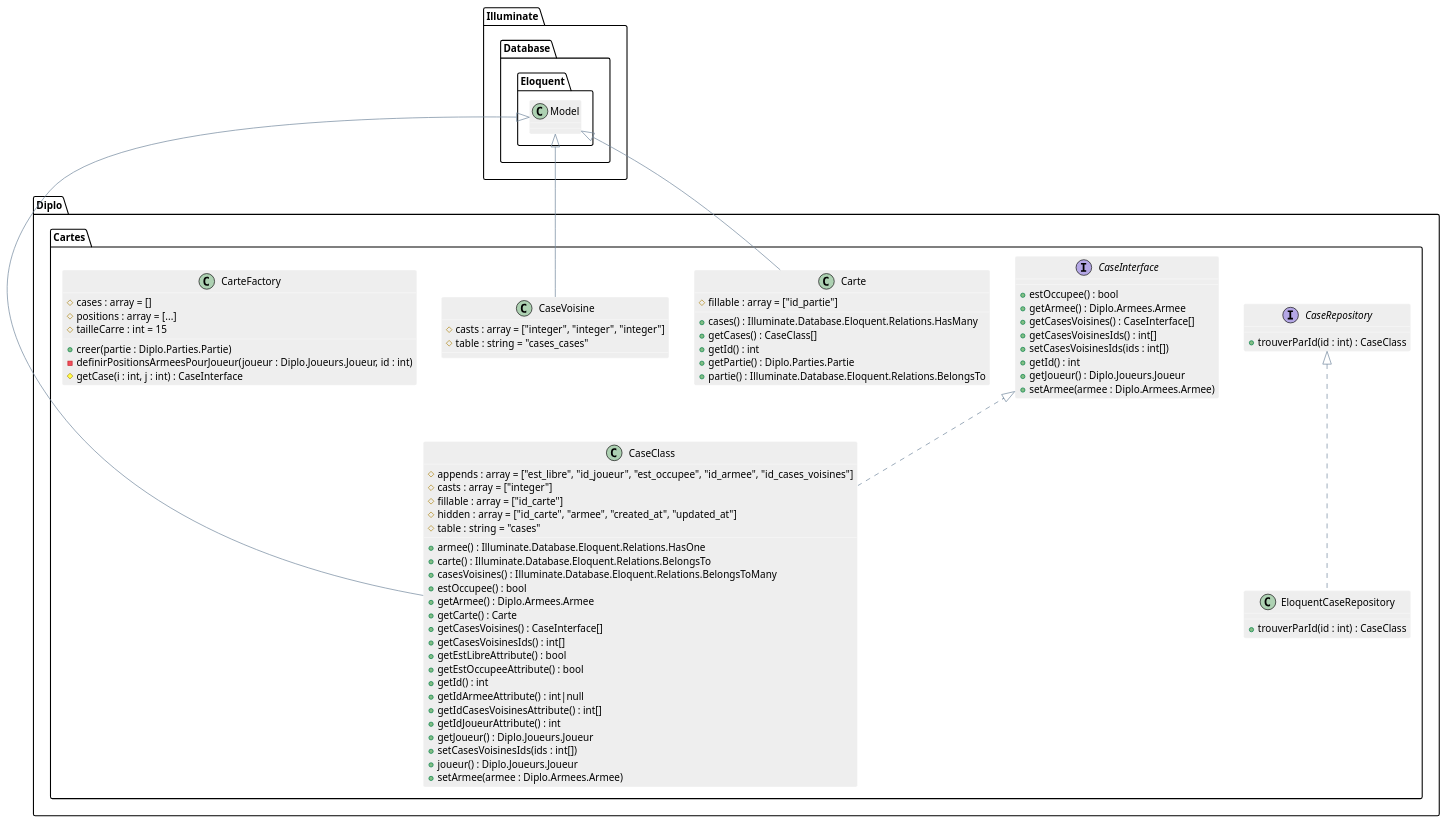
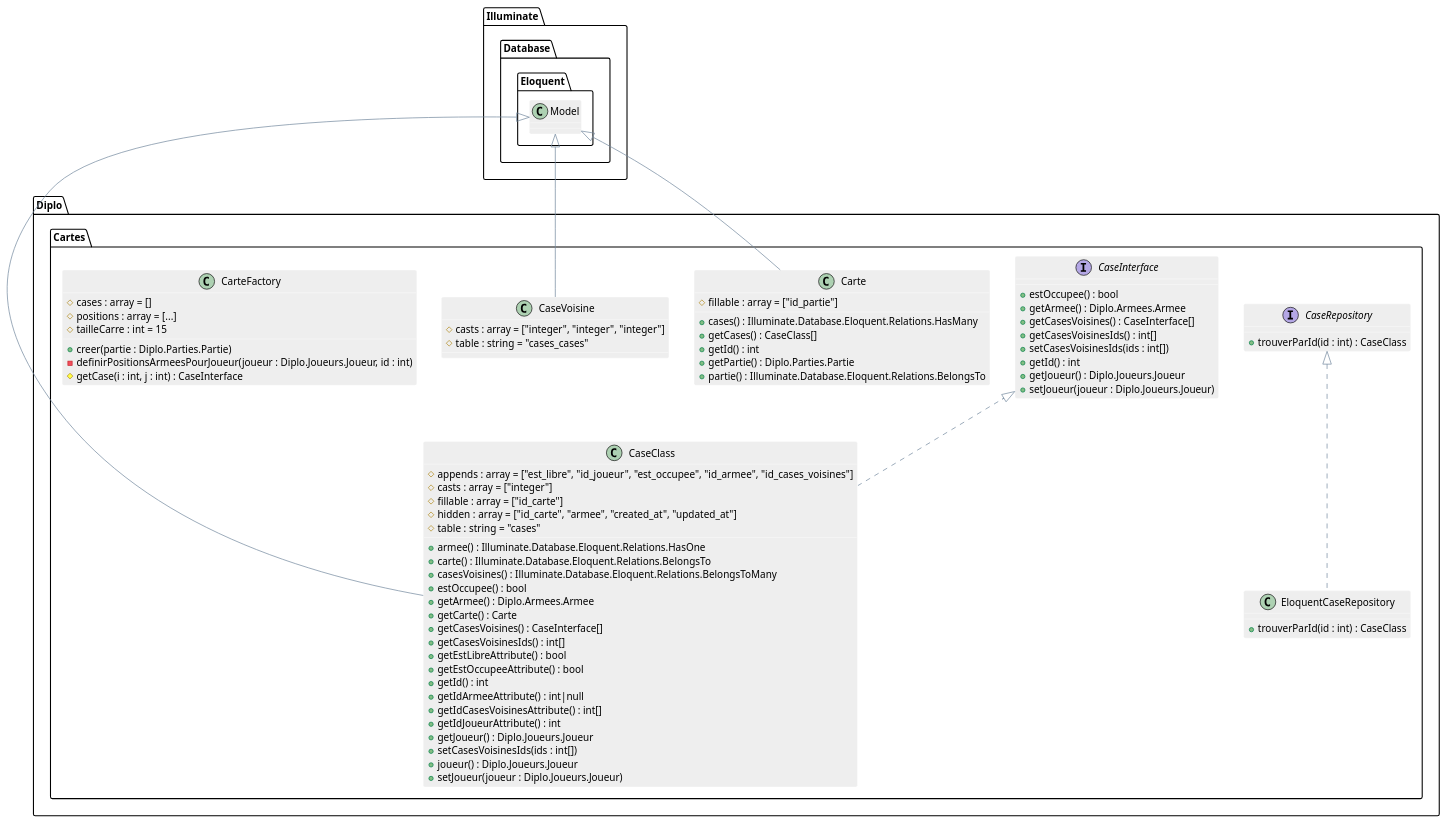
Before and after one commit to AntoineAugusti/diplo: the diagram in rapports/final/diagrammes/php-export-cut/Cartes.plantuml, drawn with PlantUML.

Commit message:
fix(uml): renommage d'une méthode

```diff
--- a/rapports/final/diagrammes/php-export-cut/Cartes.plantuml
+++ b/rapports/final/diagrammes/php-export-cut/Cartes.plantuml
@@ -1,131 +1,131 @@
 @startuml
 
 skinparam shadowing false
 skinparam stereotypeCBackgroundColor #5B9BD5
 ' skinparam backgroundColor transparent
 
 skinparam note {
   BackgroundColor #73AE42
   BorderColor #6CA43E
   FontColor white
 }
 
 skinparam class {
   BackgroundColor #EEEEEE
   ArrowColor #758A9F
   BorderColor #FFFFFF
 }
 
 skinparam sequence {
   ArrowColor #6CA43E
 
   LifeLineBorderColor #6CA43E
   LifeLineBackgroundColor #73AE42
 
   ParticipantBorderColor #2E75B5
   ParticipantBackgroundColor #5B9BD5
 
   ActorBorderColor #2E75B5
   ActorBackgroundColor #5B9BD5
 
   BoxLineColor #A5A5A5
 }
 
 skinparam state {
   BackgroundColor #EEEEEE
   ArrowColor #758A9F
   BorderColor #9E9E9E
 }
 
 skinparam usecase {
   BackgroundColor #EEEEEE
   BorderColor #9E9E9E
 
   ArrowColor #6CA43E
   ActorBorderColor #6CA43E
 }
 
 skinparam component {
   BackgroundColor #EEEEEE
   ArrowColor #758A9F
   BorderColor #9E9E9E
 }
 
 skinparam node {
   BackgroundColor #FFFFFF
   ArrowColor #758A9F
   BorderColor #9E9E9E
 }
 
 skinparam database {
   BackgroundColor #EEEEEE
   ArrowColor #758A9F
   BorderColor #9E9E9E
 }
 interface Diplo.Cartes.CaseRepository {
     +trouverParId(id : int) : CaseClass
 }
 class Diplo.Cartes.CaseClass {
     #appends : array = ["est_libre", "id_joueur", "est_occupee", "id_armee", "id_cases_voisines"]
     #casts : array = ["integer"]
     #fillable : array = ["id_carte"]
     #hidden : array = ["id_carte", "armee", "created_at", "updated_at"]
     #table : string = "cases"
     +armee() : Illuminate.Database.Eloquent.Relations.HasOne
     +carte() : Illuminate.Database.Eloquent.Relations.BelongsTo
     +casesVoisines() : Illuminate.Database.Eloquent.Relations.BelongsToMany
     +estOccupee() : bool
     +getArmee() : Diplo.Armees.Armee
     +getCarte() : Carte
     +getCasesVoisines() : CaseInterface[]
     +getCasesVoisinesIds() : int[]
     +getEstLibreAttribute() : bool
     +getEstOccupeeAttribute() : bool
     +getId() : int
     +getIdArmeeAttribute() : int|null
     +getIdCasesVoisinesAttribute() : int[]
     +getIdJoueurAttribute() : int
     +getJoueur() : Diplo.Joueurs.Joueur
     +setCasesVoisinesIds(ids : int[])
     +joueur() : Diplo.Joueurs.Joueur
-    +setArmee(armee : Diplo.Armees.Armee)
+    +setJoueur(joueur : Diplo.Joueurs.Joueur)
 }
 class Diplo.Cartes.CaseClass extends Illuminate.Database.Eloquent.Model
 class Diplo.Cartes.CaseClass implements Diplo.Cartes.CaseInterface
 class Diplo.Cartes.Carte {
     #fillable : array = ["id_partie"]
     +cases() : Illuminate.Database.Eloquent.Relations.HasMany
     +getCases() : CaseClass[]
     +getId() : int
     +getPartie() : Diplo.Parties.Partie
     +partie() : Illuminate.Database.Eloquent.Relations.BelongsTo
 }
 class Diplo.Cartes.Carte extends Illuminate.Database.Eloquent.Model
 class Diplo.Cartes.CaseVoisine {
     #casts : array = ["integer", "integer", "integer"]
     #table : string = "cases_cases"
 }
 class Diplo.Cartes.CaseVoisine extends Illuminate.Database.Eloquent.Model
 class Diplo.Cartes.EloquentCaseRepository {
     +trouverParId(id : int) : CaseClass
 }
 class Diplo.Cartes.EloquentCaseRepository implements Diplo.Cartes.CaseRepository
 interface Diplo.Cartes.CaseInterface {
     +estOccupee() : bool
     +getArmee() : Diplo.Armees.Armee
     +getCasesVoisines() : CaseInterface[]
     +getCasesVoisinesIds() : int[]
     +setCasesVoisinesIds(ids : int[])
     +getId() : int
     +getJoueur() : Diplo.Joueurs.Joueur
-    +setArmee(armee : Diplo.Armees.Armee)
+    +setJoueur(joueur : Diplo.Joueurs.Joueur)
 }
 class Diplo.Cartes.CarteFactory {
     #cases : array = []
     #positions : array = [...]
     #tailleCarre : int = 15
     +creer(partie : Diplo.Parties.Partie)
     -definirPositionsArmeesPourJoueur(joueur : Diplo.Joueurs.Joueur, id : int)
     #getCase(i : int, j : int) : CaseInterface
 }
 @enduml
```
